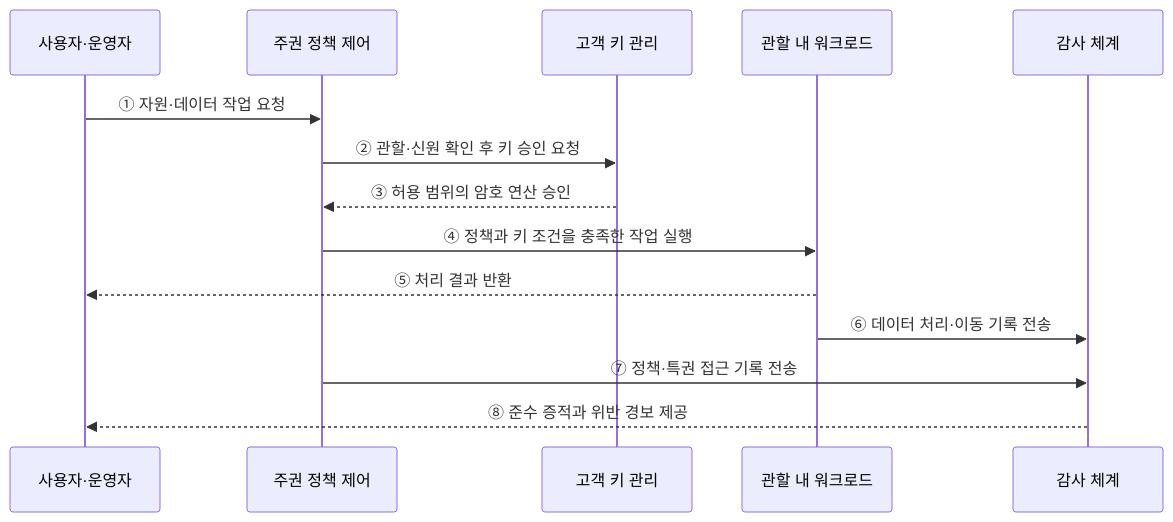
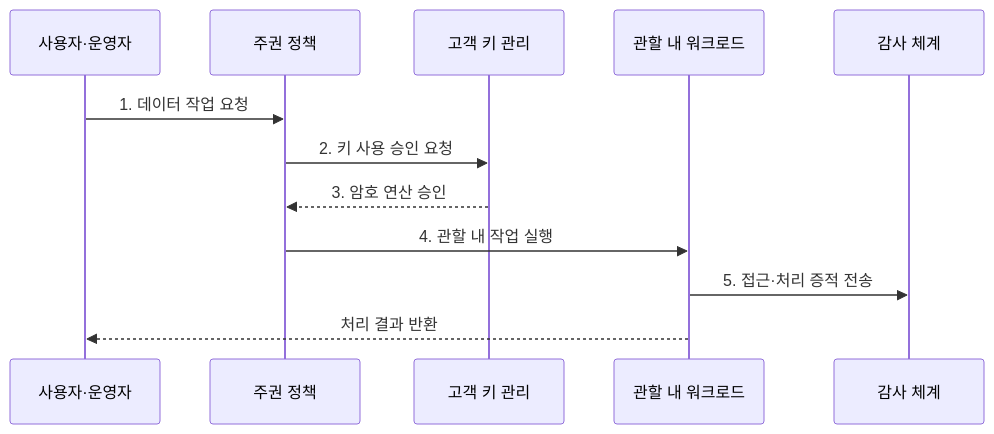
Before and after one commit to agnusdei1207/knowledge-base: the second of 2 diagrams in src/content/docs/notes/03-software/168_sovereign_cloud.md, drawn with Mermaid. The commit also changed other lines of this file and 20 other files, not shown here.

````diff
--- a/src/content/docs/notes/03-software/168_sovereign_cloud.md
+++ b/src/content/docs/notes/03-software/168_sovereign_cloud.md
@@ -71,16 +83,14 @@
 ```mermaid
 sequenceDiagram
     participant U as 사용자·운영자
-    participant P as 주권 정책 제어
+    participant P as 주권 정책
     participant K as 고객 키 관리
     participant W as 관할 내 워크로드
     participant A as 감사 체계
-    U->>P: ① 자원·데이터 작업 요청
-    P->>K: ② 관할·신원 확인 후 키 승인 요청
-    K-->>P: ③ 허용 범위의 암호 연산 승인
-    P->>W: ④ 정책과 키 조건을 충족한 작업 실행
-    W-->>U: ⑤ 처리 결과 반환
-    W->>A: ⑥ 데이터 처리·이동 기록 전송
-    P->>A: ⑦ 정책·특권 접근 기록 전송
-    A-->>U: ⑧ 준수 증적과 위반 경보 제공
+    U->>P: 1. 데이터 작업 요청
+    P->>K: 2. 키 사용 승인 요청
+    K-->>P: 3. 암호 연산 승인
+    P->>W: 4. 관할 내 작업 실행
+    W->>A: 5. 접근·처리 증적 전송
+    W-->>U: 처리 결과 반환
 ```
````
